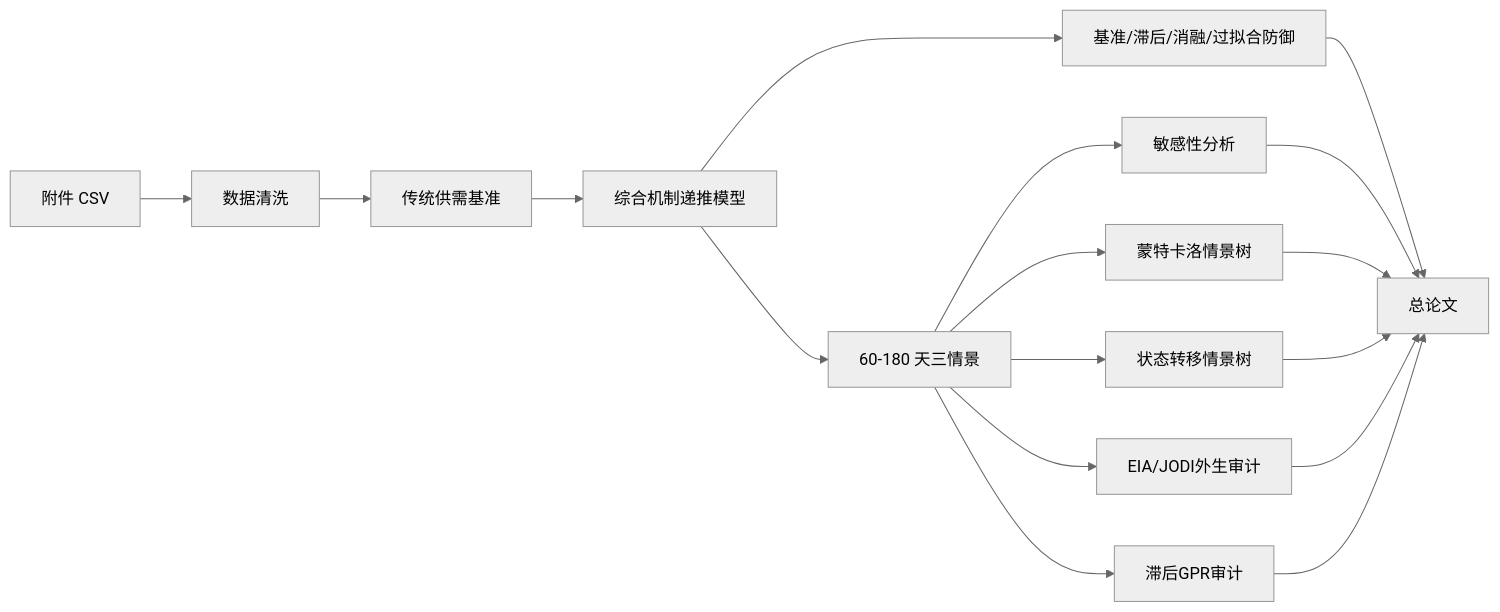
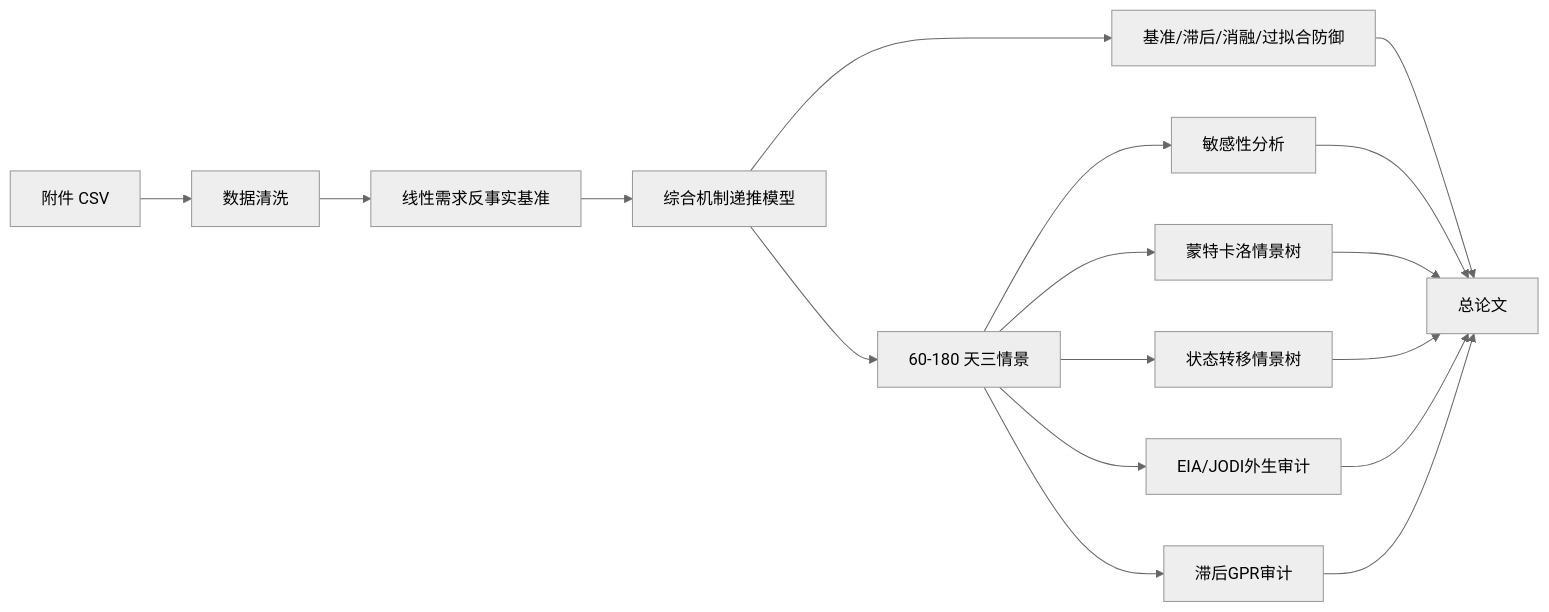
One commit to Timcai06/-A- changed the diagram in docs/01_建模方案.md. Above: the diagram before and after it, drawn with Mermaid (neutral theme). The commit also changed other lines of this file and 45 other files, not shown here.

````diff
--- a/docs/01_建模方案.md
+++ b/docs/01_建模方案.md
@@ -5,19 +5,19 @@
 ```mermaid
 flowchart LR
     Raw["附件 CSV"] --> Clean["数据清洗"]
-    Clean --> Baseline["传统供需基准"]
+    Clean --> Baseline["线性需求反事实基准"]
     Baseline --> Main["综合机制递推模型"]
     Main --> Defense["基准/滞后/消融/过拟合防御"]
     Main --> Scenario["60-180 天三情景"]
     Scenario --> Sens["敏感性分析"]
     Scenario --> MC["蒙特卡洛情景树"]
     Scenario --> StateTree["状态转移情景树"]
     Scenario --> ExternalAudit["EIA/JODI外生审计"]
     Scenario --> RiskAudit["滞后GPR审计"]
     Defense --> Paper["总论文"]
     Sens --> Paper
     MC --> Paper
     StateTree --> Paper
     ExternalAudit --> Paper
     RiskAudit --> Paper
 ```
````
